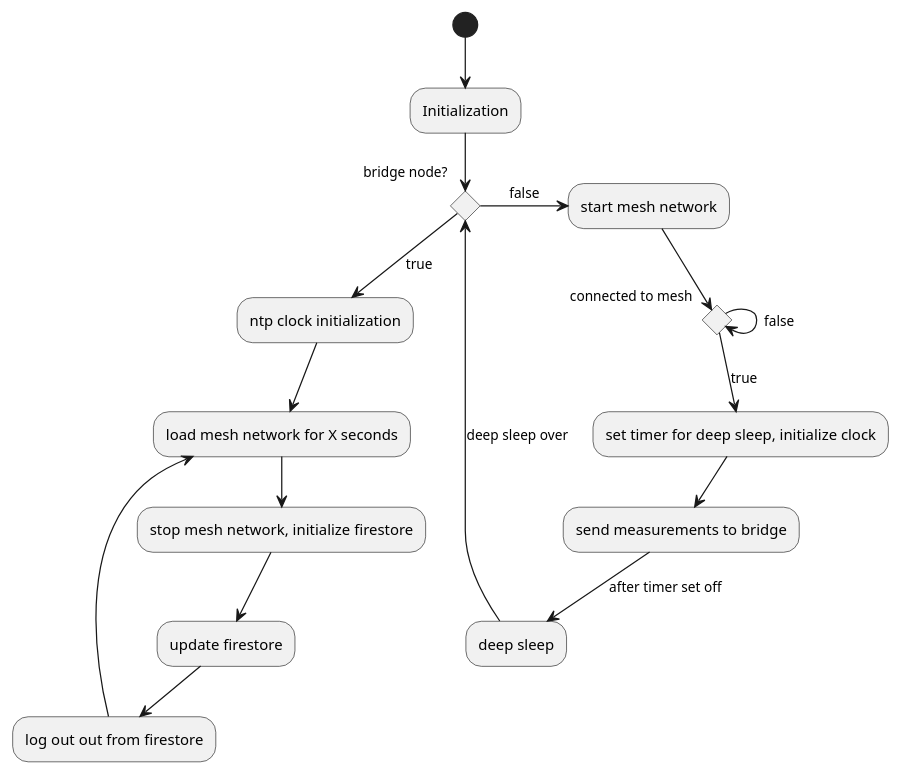
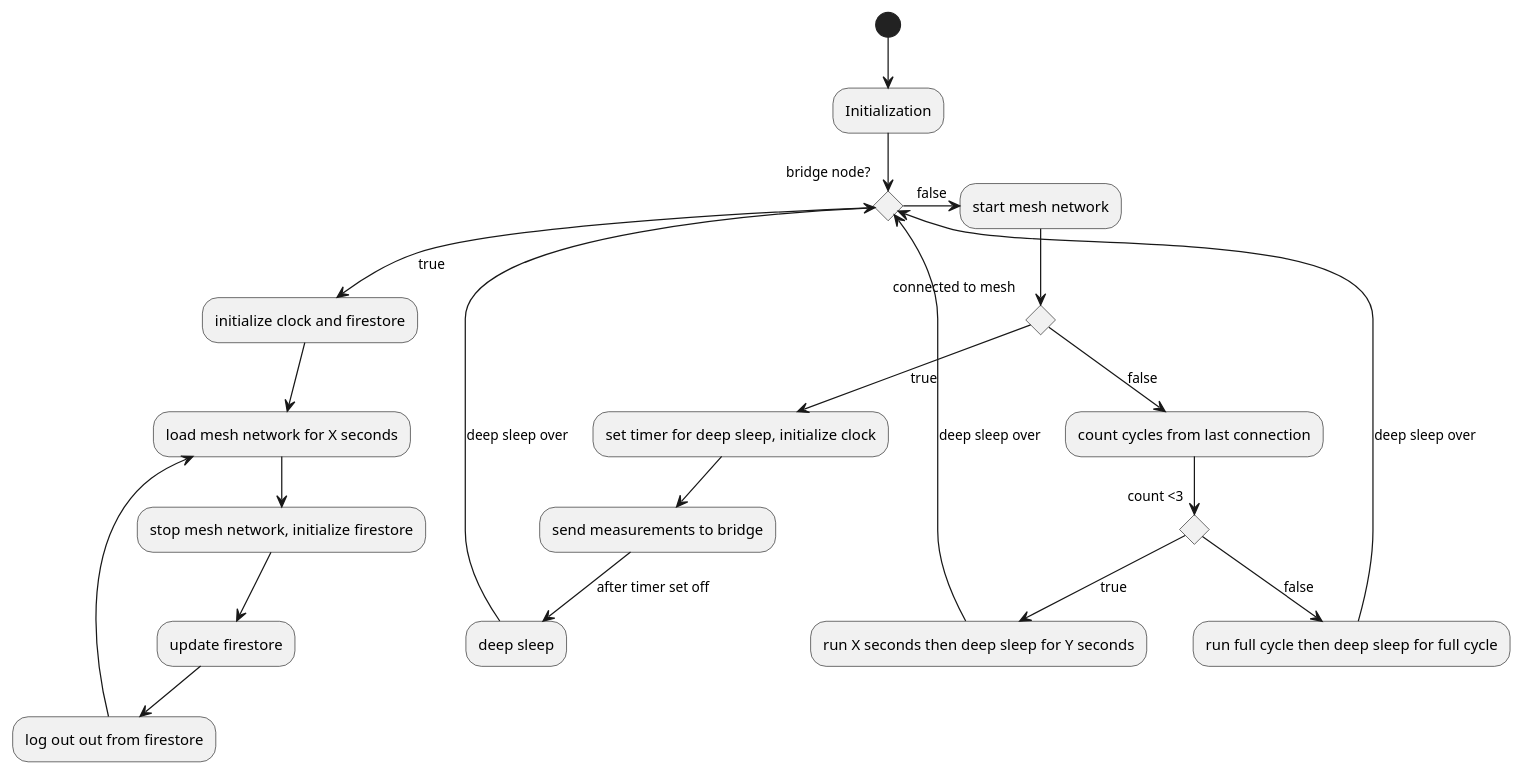
The diagram in docs/uml/life_cycle.puml (m-schwob/MeshGarden), drawn with PlantUML before and after one commit. The commit also changed 4 other files, not shown here.

```diff
--- a/docs/uml/life_cycle.puml
+++ b/docs/uml/life_cycle.puml
@@ -1,22 +1,28 @@
 @startuml
 (*) --> "Initialization"
 
 if "bridge node?" as ini then
-  -->[true] "ntp clock initialization"
+  -->[true] "initialize clock and firestore"
   --> "load mesh network for X seconds" as node
   --> "stop mesh network, initialize firestore"
   --> "update firestore"
   --> "log out out from firestore"
   --> node
 else
   ->[false] "start mesh network"
   --> if "connected to mesh" as c then
        -->[true] "set timer for deep sleep, initialize clock"
        --> "send measurements to bridge"
        -->[after timer set off] "deep sleep"
        -->[deep sleep over] ini
       else 
-  -->[false]c
+      -->[false] "count cycles from last connection"
+        -->if "count <3"
+          -->[true] "run X seconds then deep sleep for Y seconds"
+          -->[deep sleep over] ini
+          else
+          -->[false]"run full cycle then deep sleep for full cycle"
+          -->[deep sleep over] ini
       endif
 endif
 @enduml
```
